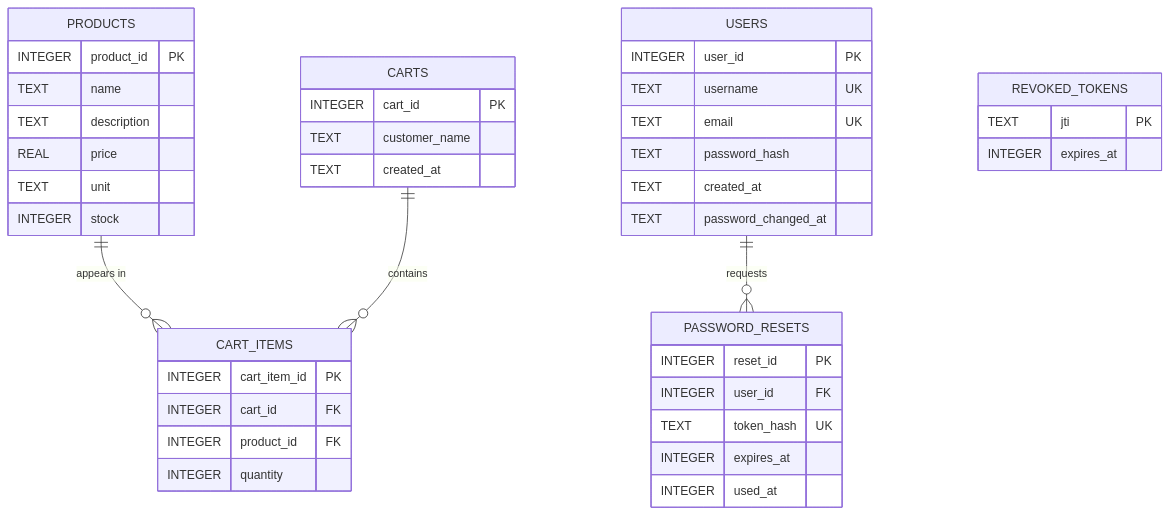
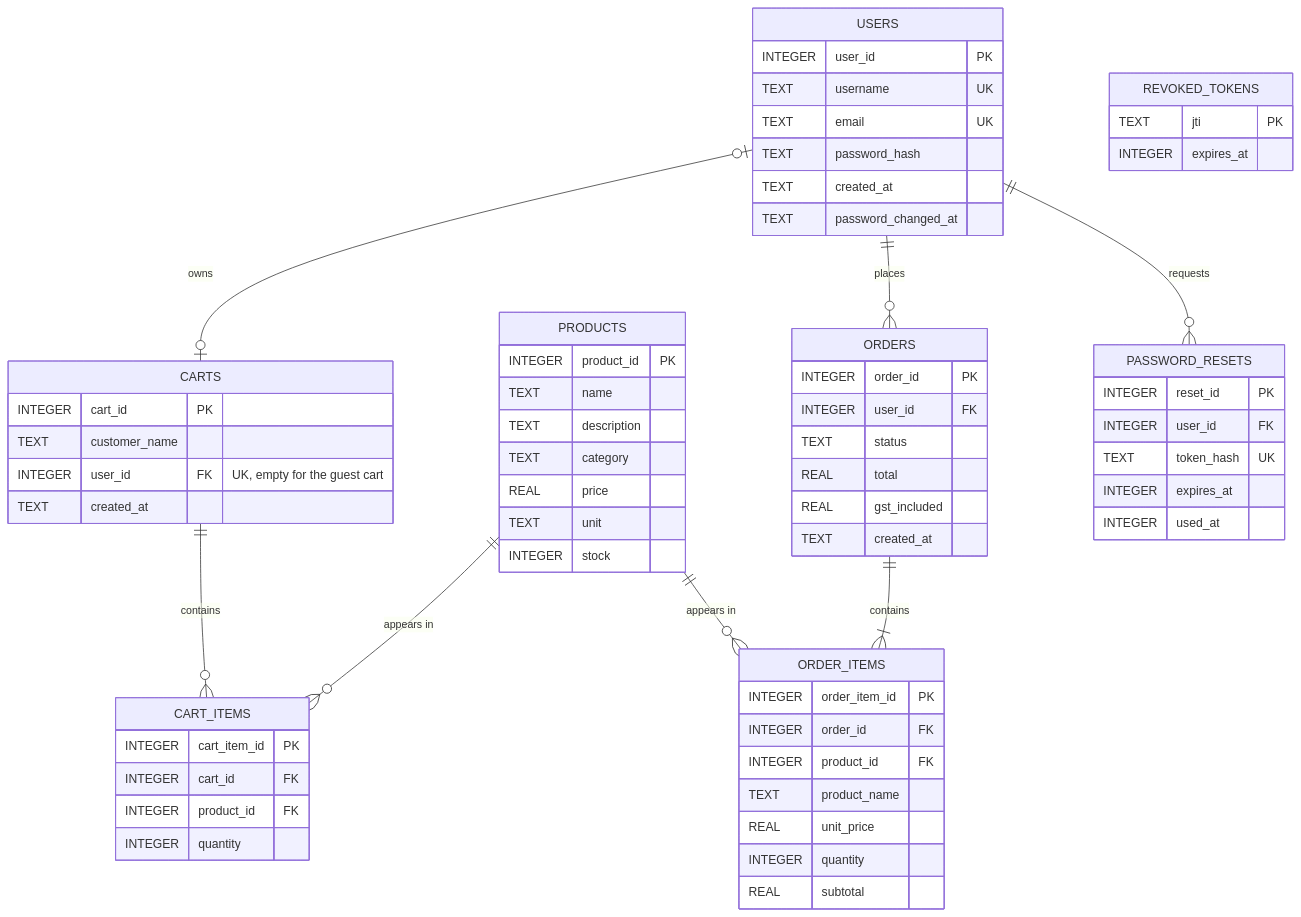
Before and after one commit to CapstoneAB/capstone_A_B: the diagram in docs/sprint4/database-design.md, drawn with Mermaid. The commit also changed other lines of this file and 1 other file, not shown here.

Commit message:
Update ERD for orders and add authentication design (#33 #34)

````diff
--- a/docs/sprint4/database-design.md
+++ b/docs/sprint4/database-design.md
@@ -14,45 +14,68 @@
 ```mermaid
 erDiagram
     PRODUCTS ||--o{ CART_ITEMS : "appears in"
     CARTS ||--o{ CART_ITEMS : "contains"
+    USERS |o--o| CARTS : "owns"
+    USERS ||--o{ ORDERS : "places"
+    ORDERS ||--|{ ORDER_ITEMS : "contains"
+    PRODUCTS ||--o{ ORDER_ITEMS : "appears in"
     USERS ||--o{ PASSWORD_RESETS : "requests"
 
     PRODUCTS {
         INTEGER product_id PK
         TEXT name
         TEXT description
+        TEXT category
         REAL price
         TEXT unit
         INTEGER stock
     }
     CARTS {
         INTEGER cart_id PK
         TEXT customer_name
+        INTEGER user_id FK "UK, empty for the guest cart"
         TEXT created_at
+    }
+    ORDERS {
+        INTEGER order_id PK
+        INTEGER user_id FK
+        TEXT status
+        REAL total
+        REAL gst_included
+        TEXT created_at
+    }
+    ORDER_ITEMS {
+        INTEGER order_item_id PK
+        INTEGER order_id FK
+        INTEGER product_id FK
+        TEXT product_name
+        REAL unit_price
+        INTEGER quantity
+        REAL subtotal
     }
     CART_ITEMS {
         INTEGER cart_item_id PK
         INTEGER cart_id FK
         INTEGER product_id FK
         INTEGER quantity
     }
     USERS {
         INTEGER user_id PK
         TEXT username UK
         TEXT email UK
         TEXT password_hash
         TEXT created_at
         TEXT password_changed_at
     }
     PASSWORD_RESETS {
         INTEGER reset_id PK
         INTEGER user_id FK
         TEXT token_hash UK
         INTEGER expires_at
         INTEGER used_at
     }
     REVOKED_TOKENS {
         TEXT jti PK
         INTEGER expires_at
     }
 ```
````
